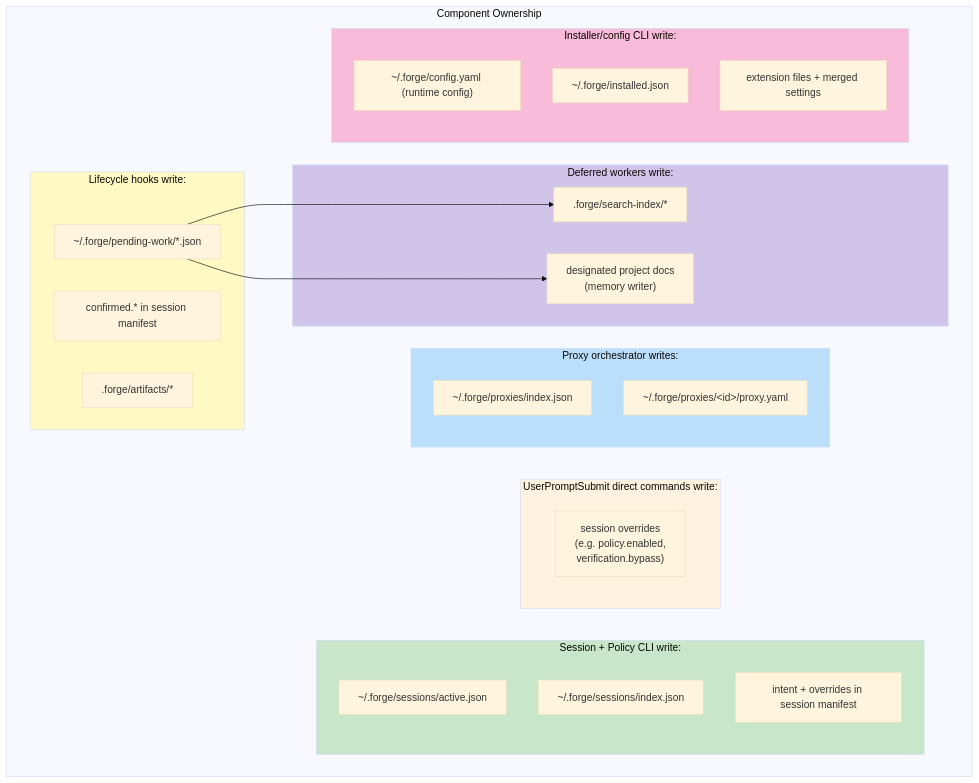
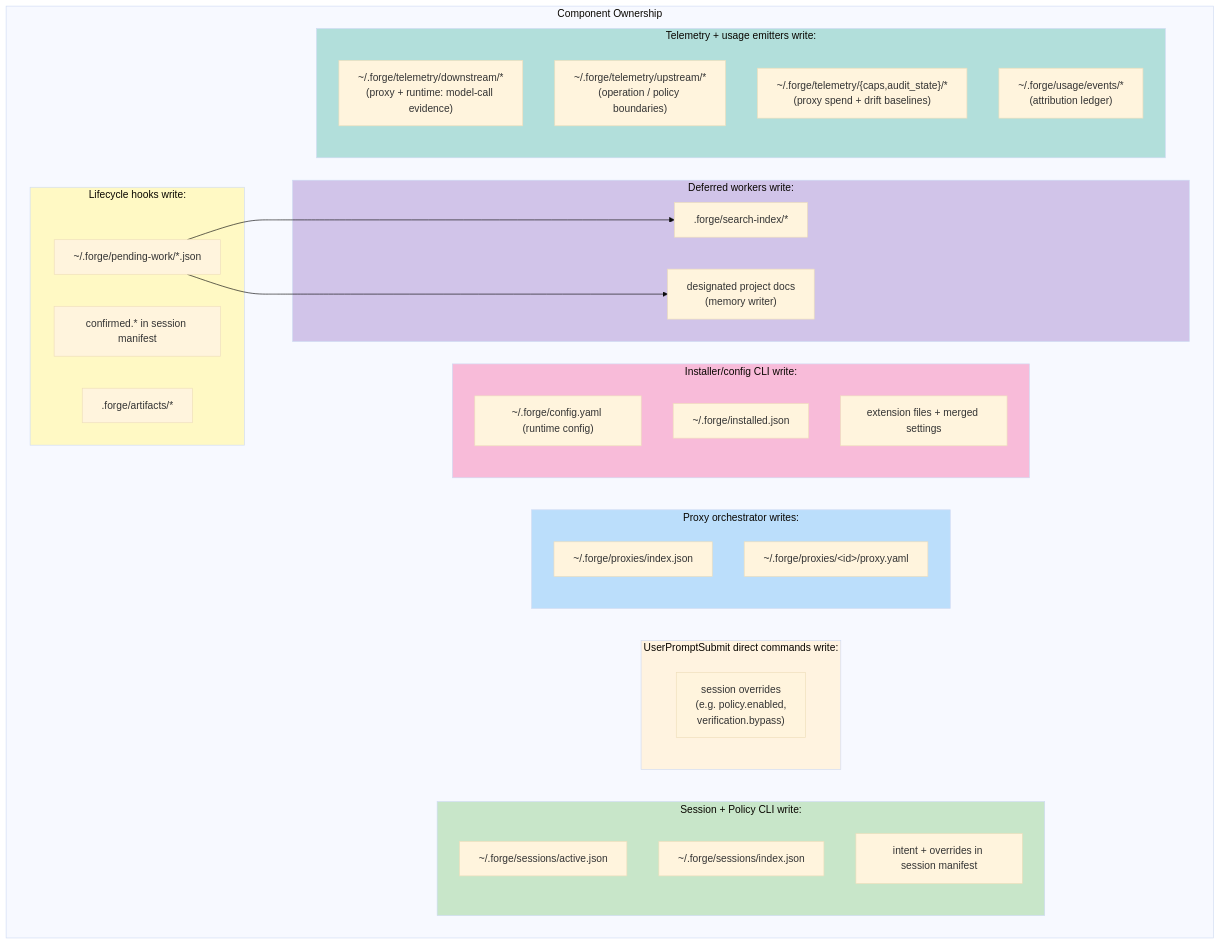
One commit to hapa1i/multi-forge changed the fourth of 10 diagrams in docs/diagrams.md. Above: the diagram before and after it, drawn with Mermaid (base theme). The commit also changed other lines of this file, not shown here.

First line of the commit message:
docs(diagrams): reflect telemetry/usage planes + consumer lanes; simplify overview

````diff
--- a/docs/diagrams.md
+++ b/docs/diagrams.md
@@ -167,46 +160,54 @@
 ```mermaid
 flowchart TB
     subgraph Writers["Component Ownership"]
         subgraph ForgeSession["Session + Policy CLI write:"]
             W1["~/.forge/sessions/active.json"]
             W2["~/.forge/sessions/index.json"]
             W3["intent + overrides in session manifest"]
         end
 
         subgraph ForgeHooks["Lifecycle hooks write:"]
             W4["confirmed.* in session manifest"]
             W4b[".forge/artifacts/*"]
             W4c["~/.forge/pending-work/*.json"]
         end
 
         subgraph DirectHooks["UserPromptSubmit direct commands write:"]
             W5["session overrides<br/>(e.g. policy.enabled,<br/>verification.bypass)"]
         end
 
         subgraph Deferred["Deferred workers write:"]
             W6[".forge/search-index/*"]
             W6b["designated project docs<br/>(memory writer)"]
         end
 
         subgraph ForgeProxy["Proxy orchestrator writes:"]
             W7["~/.forge/proxies/index.json"]
             W8["~/.forge/proxies/&lt;id&gt;/proxy.yaml"]
         end
 
         subgraph ForgeCLI["Installer/config CLI write:"]
             W9["~/.forge/config.yaml (runtime config)"]
             W10["~/.forge/installed.json"]
             W11["extension files + merged settings"]
         end
+
+        subgraph Telemetry["Telemetry + usage emitters write:"]
+            W12["~/.forge/telemetry/downstream/*<br/>(proxy + runtime: model-call evidence)"]
+            W13["~/.forge/telemetry/upstream/*<br/>(operation / policy boundaries)"]
+            W14["~/.forge/telemetry/{caps,audit_state}/*<br/>(proxy spend + drift baselines)"]
+            W15["~/.forge/usage/events/*<br/>(attribution ledger)"]
+        end
     end
 
     W4c --> W6
     W4c --> W6b
 
     style ForgeSession fill:#c8e6c9
     style ForgeHooks fill:#fff9c4
     style DirectHooks fill:#fff3e0
     style Deferred fill:#d1c4e9
     style ForgeProxy fill:#bbdefb
     style ForgeCLI fill:#f8bbd9
+    style Telemetry fill:#b2dfdb
 ```
````
